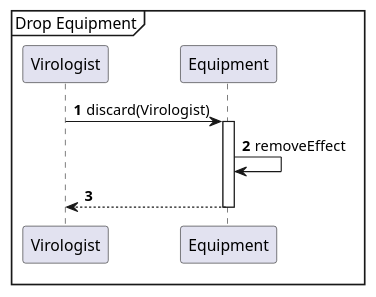
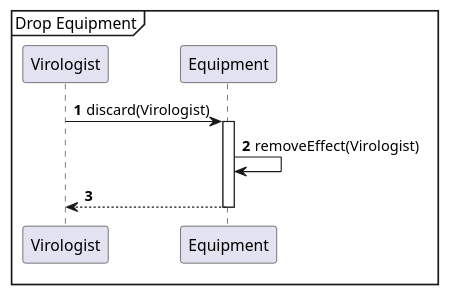
The diagram in sequence-diagram/Matter&Equipment actions/DiscardEquipment.puml (Projlab-csb/projlab-virologus), drawn with PlantUML before and after one commit. The commit also changed 2 other files, not shown here.

Commit message:
edit some sequences

```diff
--- a/sequence-diagram/Matter&Equipment actions/DiscardEquipment.puml
+++ b/sequence-diagram/Matter&Equipment actions/DiscardEquipment.puml
@@ -1,12 +1,12 @@
 @startuml
 'https://plantuml.com/sequence-diagram
 
 autonumber
 
 Mainframe Drop Equipment
 
 
 Virologist->Equipment++:discard(Virologist)
-Equipment->Equipment:removeEffect
+Equipment->Equipment:removeEffect(Virologist)
 Equipment-->Virologist--
 @enduml
```
